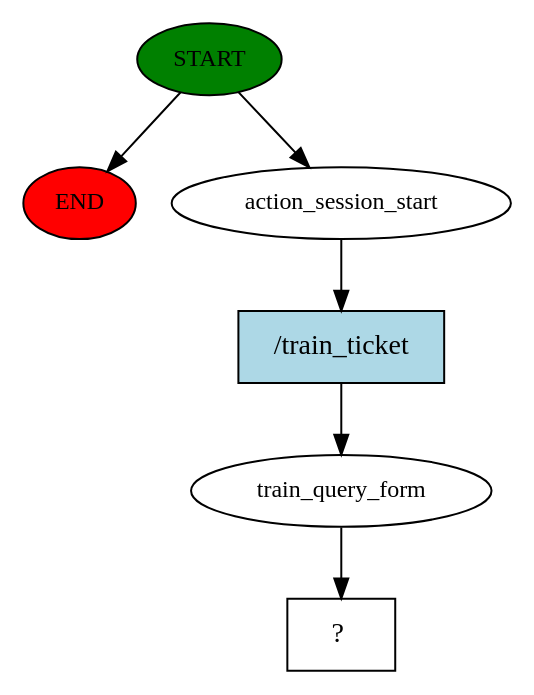
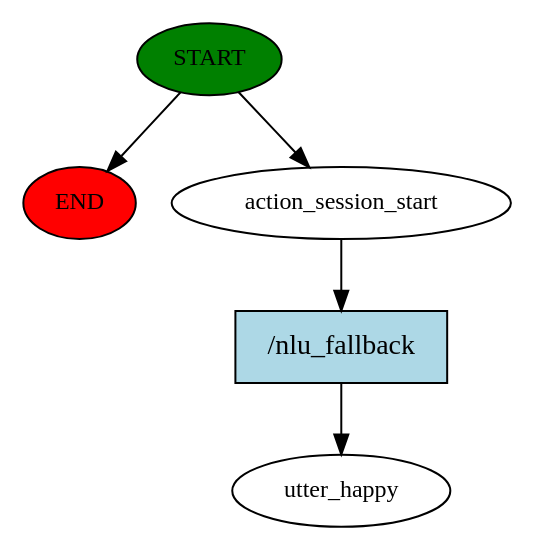
The diagram in story_graph.dot (lyirs/rasa_CN), drawn with Graphviz before and after one commit. The commit also changed 11 other files, not shown here.

```diff
--- a/story_graph.dot
+++ b/story_graph.dot
@@ -1,13 +1,11 @@
 digraph  {
 0 [class="start active", fillcolor=green, fontsize=12, label=START, style=filled];
 "-1" [class=end, fillcolor=red, fontsize=12, label=END, style=filled];
 1 [class=active, fontsize=12, label=action_session_start];
-2 [class=active, fontsize=12, label=train_query_form];
-3 [class="intent dashed active", label="  ?  ", shape=rect];
-4 [class="intent active", fillcolor=lightblue, label="/train_ticket", shape=rect, style=filled];
+2 [class="dashed active", fontsize=12, label=utter_happy];
+3 [class="intent active", fillcolor=lightblue, label="/nlu_fallback", shape=rect, style=filled];
 0 -> "-1"  [class="", key=NONE, label=""];
 0 -> 1  [class=active, key=NONE, label=""];
-1 -> 4  [class=active, key=0];
-2 -> 3  [class=active, key=NONE, label=""];
-4 -> 2  [class=active, key=0];
+1 -> 3  [class=active, key=0];
+3 -> 2  [class=active, key=0];
 }
```
